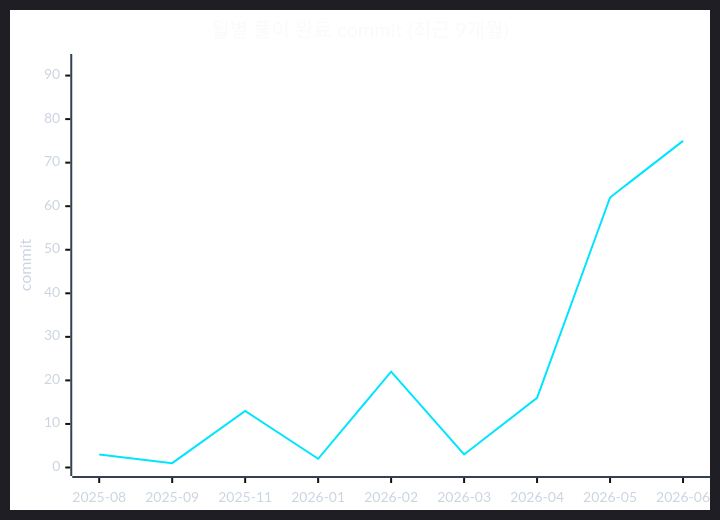
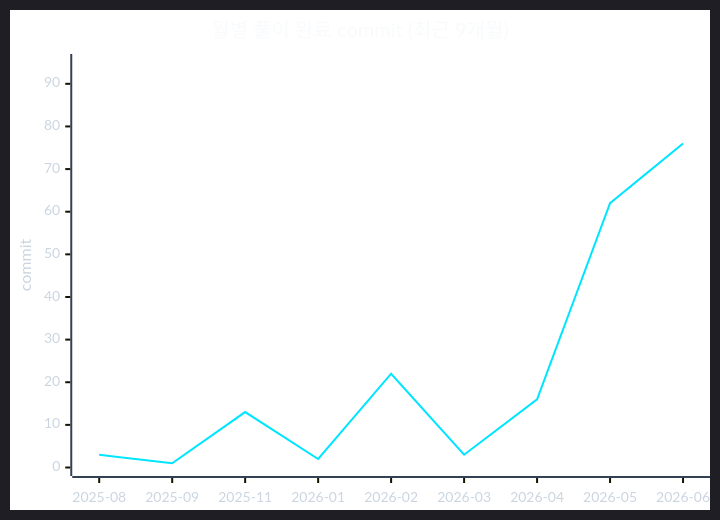
The second of 2 diagrams in readme.md (CHOOSLA/Algorithm), drawn with Mermaid before and after one commit. The commit also changed 1 other file, not shown here.

Commit message:
[Passed] 겹치지 않는 선분 2 (131ms, 10MB)

````diff
--- a/readme.md
+++ b/readme.md
@@ -71,22 +71,22 @@
 ```mermaid
 ---
 config:
   theme: dark
   themeVariables:
     background: '#0d1117'
     xyChart:
       titleColor: '#f8fafc'
       xAxisLabelColor: '#cbd5e1'
       xAxisTitleColor: '#cbd5e1'
       xAxisLineColor: '#334155'
       yAxisLabelColor: '#cbd5e1'
       yAxisTitleColor: '#cbd5e1'
       yAxisLineColor: '#334155'
       plotColorPalette: '#00e5ff'
 ---
 xychart-beta
   title "월별 풀이 완료 commit (최근 9개월)"
   x-axis ["2025-08", "2025-09", "2025-11", "2026-01", "2026-02", "2026-03", "2026-04", "2026-05", "2026-06"]
-  y-axis "commit" 0 --> 93
-  line [3, 1, 13, 2, 22, 3, 16, 62, 75]
+  y-axis "commit" 0 --> 95
+  line [3, 1, 13, 2, 22, 3, 16, 62, 76]
 ```
````
